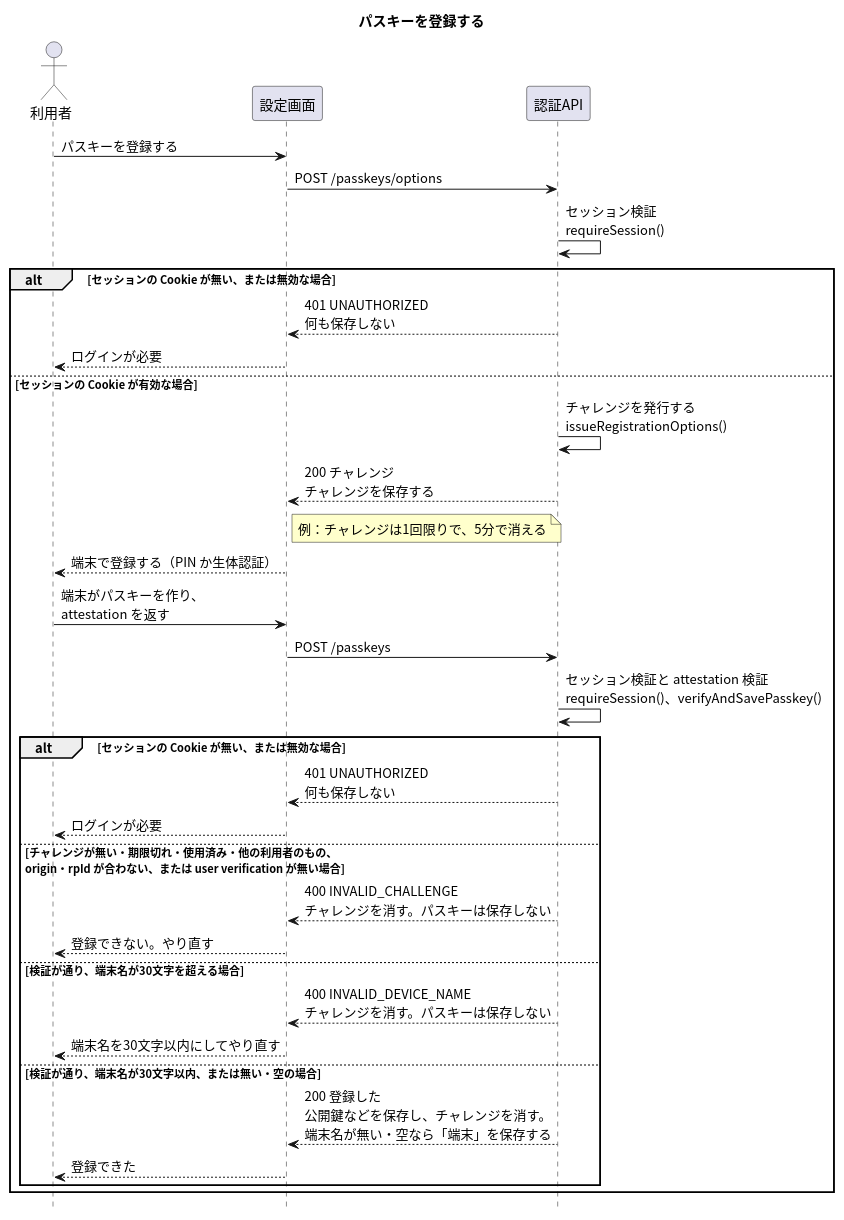
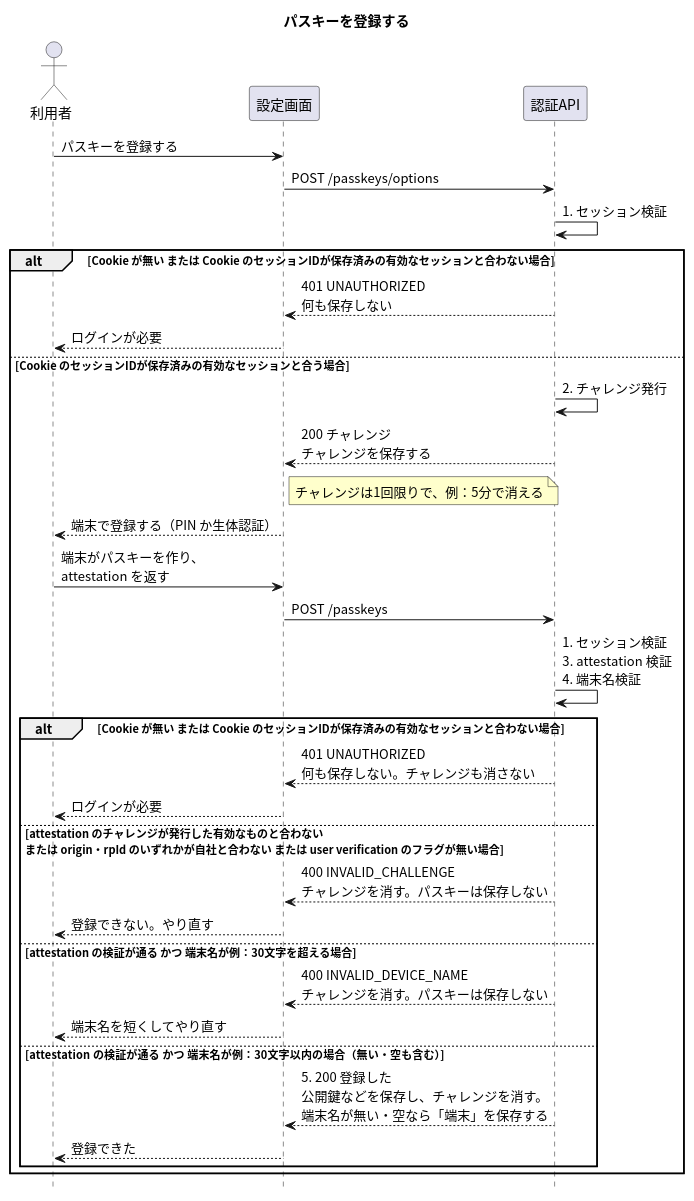
The diagram in apis/register-passkey/入口.puml (masamasamasato/design-doc-template), drawn with PlantUML before and after one commit. The commit also changed 40 other files, not shown here.

```diff
--- a/apis/register-passkey/入口.puml
+++ b/apis/register-passkey/入口.puml
@@ -1,42 +1,42 @@
 @startuml
 skinparam shadowing false
 skinparam defaultFontName "Noto Sans CJK JP"
 skinparam SequenceFontName "Noto Sans CJK JP"
 skinparam NoteBackgroundColor #FFFFCC
 hide footbox
 
 title パスキーを登録する
 
 actor "利用者" as User
 participant "設定画面" as Screen
 participant "認証API" as API
 
 User -> Screen : パスキーを登録する
 Screen -> API : POST /passkeys/options
-API -> API : セッション検証\nrequireSession()
-alt セッションの Cookie が無い、または無効な場合
+API -> API : 1. セッション検証
+alt Cookie が無い または Cookie のセッションIDが保存済みの有効なセッションと合わない場合
   API --> Screen : 401 UNAUTHORIZED\n何も保存しない
   Screen --> User : ログインが必要
-else セッションの Cookie が有効な場合
-  API -> API : チャレンジを発行する\nissueRegistrationOptions()
+else Cookie のセッションIDが保存済みの有効なセッションと合う場合
+  API -> API : 2. チャレンジ発行
   API --> Screen : 200 チャレンジ\nチャレンジを保存する
-  note right of Screen : 例：チャレンジは1回限りで、5分で消える
+  note right of Screen : チャレンジは1回限りで、例：5分で消える
   Screen --> User : 端末で登録する（PIN か生体認証）
   User -> Screen : 端末がパスキーを作り、\nattestation を返す
   Screen -> API : POST /passkeys
-  API -> API : セッション検証と attestation 検証\nrequireSession()、verifyAndSavePasskey()
-  alt セッションの Cookie が無い、または無効な場合
-    API --> Screen : 401 UNAUTHORIZED\n何も保存しない
+  API -> API : 1. セッション検証\n3. attestation 検証\n4. 端末名検証
+  alt Cookie が無い または Cookie のセッションIDが保存済みの有効なセッションと合わない場合
+    API --> Screen : 401 UNAUTHORIZED\n何も保存しない。チャレンジも消さない
     Screen --> User : ログインが必要
-  else チャレンジが無い・期限切れ・使用済み・他の利用者のもの、\norigin・rpId が合わない、または user verification が無い場合
+  else attestation のチャレンジが発行した有効なものと合わない\nまたは origin・rpId のいずれかが自社と合わない または user verification のフラグが無い場合
     API --> Screen : 400 INVALID_CHALLENGE\nチャレンジを消す。パスキーは保存しない
     Screen --> User : 登録できない。やり直す
-  else 検証が通り、端末名が30文字を超える場合
+  else attestation の検証が通る かつ 端末名が例：30文字を超える場合
     API --> Screen : 400 INVALID_DEVICE_NAME\nチャレンジを消す。パスキーは保存しない
-    Screen --> User : 端末名を30文字以内にしてやり直す
-  else 検証が通り、端末名が30文字以内、または無い・空の場合
-    API --> Screen : 200 登録した\n公開鍵などを保存し、チャレンジを消す。\n端末名が無い・空なら「端末」を保存する
+    Screen --> User : 端末名を短くしてやり直す
+  else attestation の検証が通る かつ 端末名が例：30文字以内の場合（無い・空も含む）
+    API --> Screen : 5. 200 登録した\n公開鍵などを保存し、チャレンジを消す。\n端末名が無い・空なら「端末」を保存する
     Screen --> User : 登録できた
   end
 end
 @enduml
```
